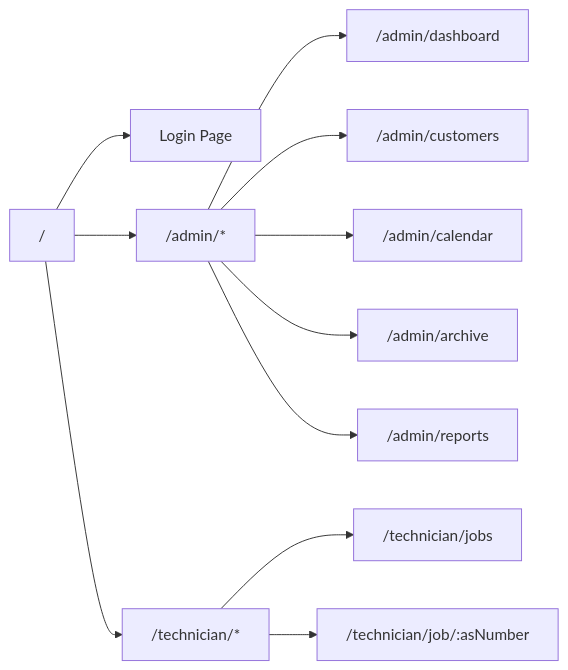
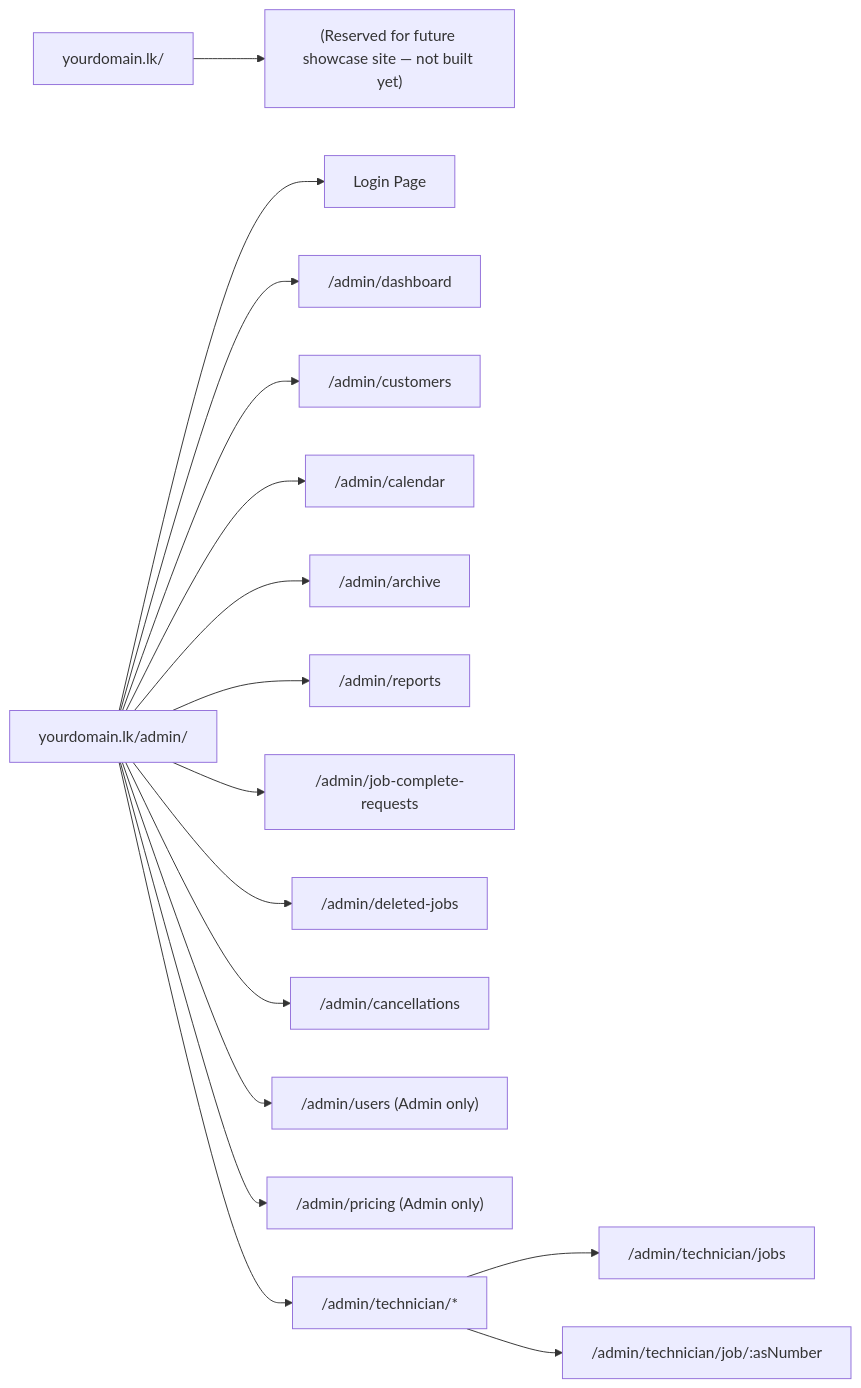
One commit to Yashini-Hettiarachchi/cool changed the second of 2 diagrams in design-plans/03_System_Architecture.md. Above: the diagram before and after it, drawn with Mermaid. The commit also changed other lines of this file and 8 other files, not shown here.

````diff
--- a/design-plans/03_System_Architecture.md
+++ b/design-plans/03_System_Architecture.md
@@ -65,13 +70,18 @@
 ```mermaid
 flowchart LR
-    Root["/"] --> Login["Login Page"]
-    Root --> Admin["/admin/*"]
-    Root --> Tech["/technician/*"]
-    Admin --> Dash["/admin/dashboard"]
-    Admin --> Cust["/admin/customers"]
-    Admin --> Cal["/admin/calendar"]
-    Admin --> Arch["/admin/archive"]
-    Admin --> Rep["/admin/reports"]
-    Tech --> Today["/technician/jobs"]
-    Tech --> JobDetail["/technician/job/:asNumber"]
+    Root["yourdomain.lk/"] --> Future["(Reserved for future showcase site — not built yet)"]
+    AdminBase["yourdomain.lk/admin/"] --> Login["Login Page"]
+    AdminBase --> Dash["/admin/dashboard"]
+    AdminBase --> Cust["/admin/customers"]
+    AdminBase --> Cal["/admin/calendar"]
+    AdminBase --> Arch["/admin/archive"]
+    AdminBase --> Rep["/admin/reports"]
+    AdminBase --> JCR["/admin/job-complete-requests"]
+    AdminBase --> Del["/admin/deleted-jobs"]
+    AdminBase --> Cancel["/admin/cancellations"]
+    AdminBase --> Users["/admin/users (Admin only)"]
+    AdminBase --> Price["/admin/pricing (Admin only)"]
+    AdminBase --> TechBase["/admin/technician/*"]
+    TechBase --> Today["/admin/technician/jobs"]
+    TechBase --> JobDetail["/admin/technician/job/:asNumber"]
 ```
````
